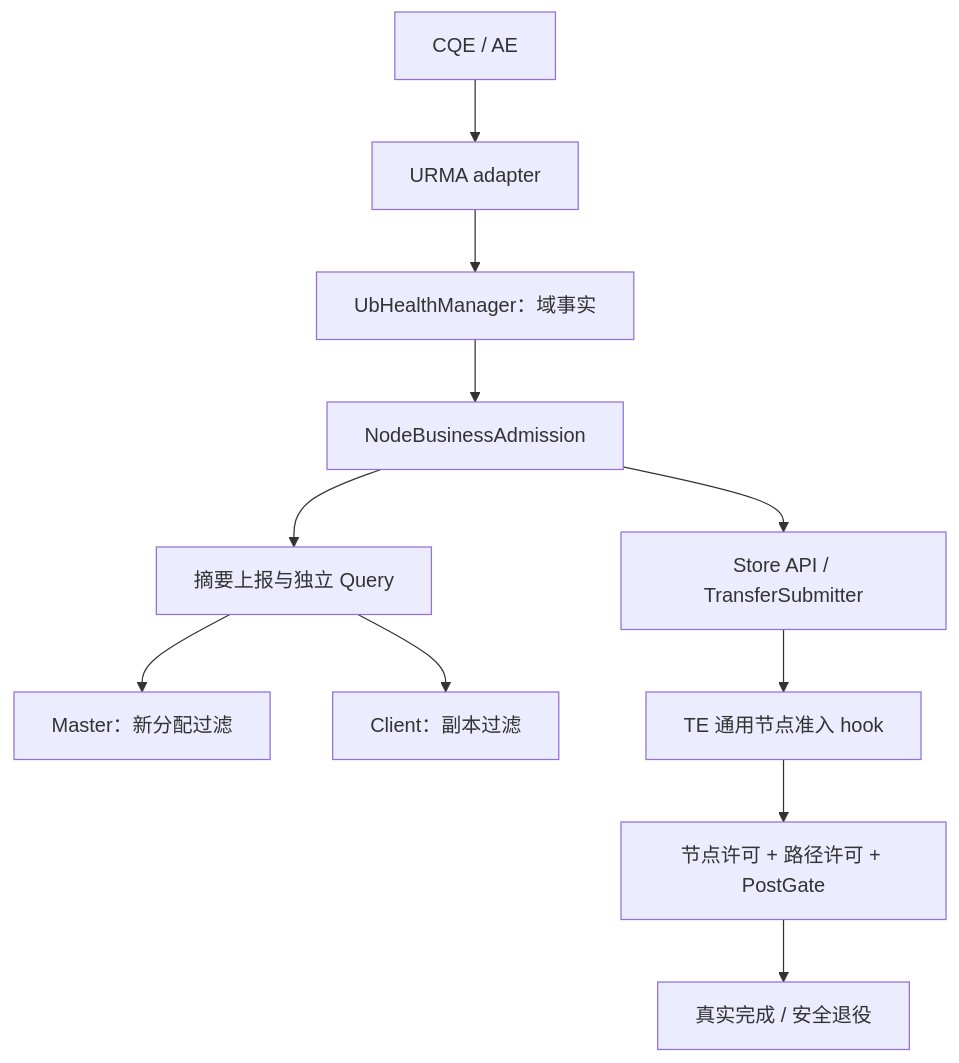
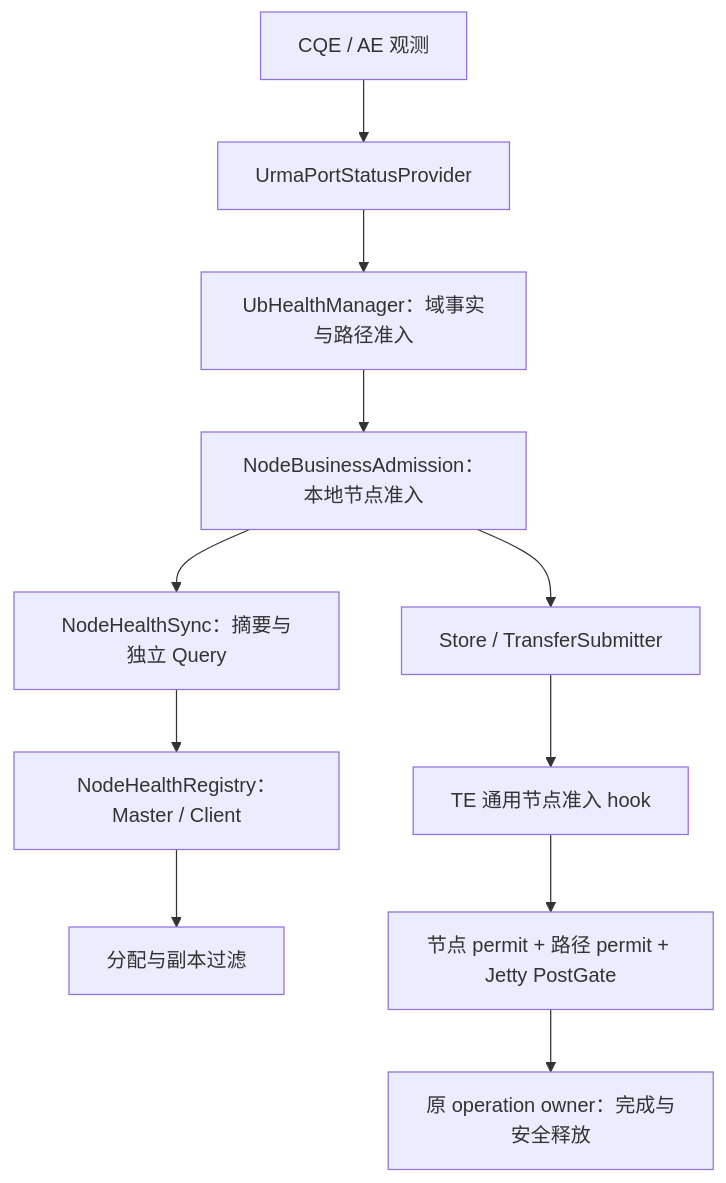
The first of 7 diagrams in docs/analyze/ub_fault_isolation_design.md (HangCong126/Supercache), drawn with Mermaid before and after one commit. The commit also changed other lines of this file, not shown here.

````diff
--- a/docs/analyze/ub_fault_isolation_design.md
+++ b/docs/analyze/ub_fault_isolation_design.md
@@ -45,13 +113,13 @@
 ```mermaid
 flowchart TD
-    Event["CQE / AE"] --> Adapter["URMA adapter"]
-    Adapter --> Facts["UbHealthManager：域事实"]
-    Facts --> Local["NodeBusinessAdmission"]
-    Local --> API["Store API / TransferSubmitter"]
-    Local --> Sync["摘要上报与独立 Query"]
-    Sync --> Master["Master：新分配过滤"]
-    Sync --> Client["Client：副本过滤"]
-    API --> TE["TE 通用节点准入 hook"]
-    TE --> Post["节点许可 + 路径许可 + PostGate"]
-    Post --> Completion["真实完成 / 安全退役"]
+    Event["CQE / AE 观测"] --> Adapter["UrmaPortStatusProvider"]
+    Adapter --> Facts["UbHealthManager：域事实与路径准入"]
+    Facts --> Gate["NodeBusinessAdmission：本地节点准入"]
+    Gate --> Business["Store / TransferSubmitter"]
+    Gate --> Sync["NodeHealthSync：摘要与独立 Query"]
+    Sync --> Registry["NodeHealthRegistry：Master / Client"]
+    Registry --> Select["分配与副本过滤"]
+    Business --> TE["TE 通用节点准入 hook"]
+    TE --> Post["节点 permit + 路径 permit + Jetty PostGate"]
+    Post --> Owner["原 operation owner：完成与安全释放"]
 ```
````
